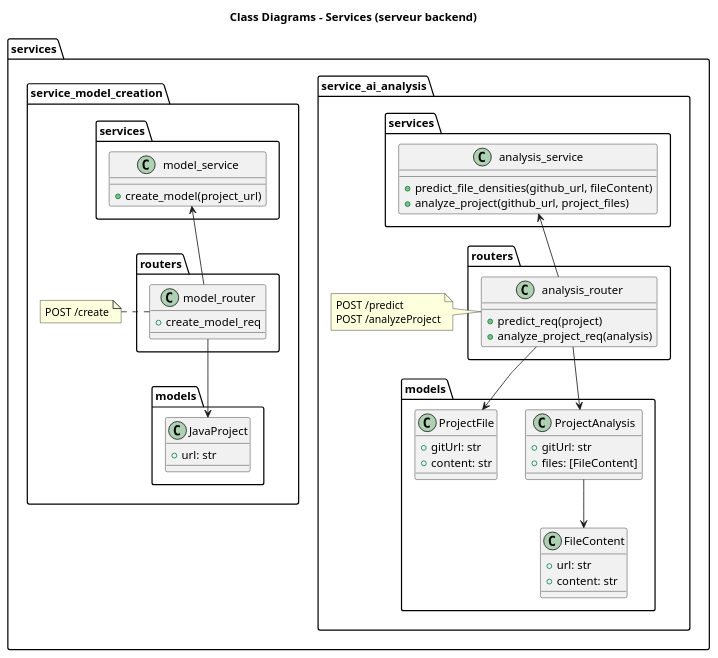
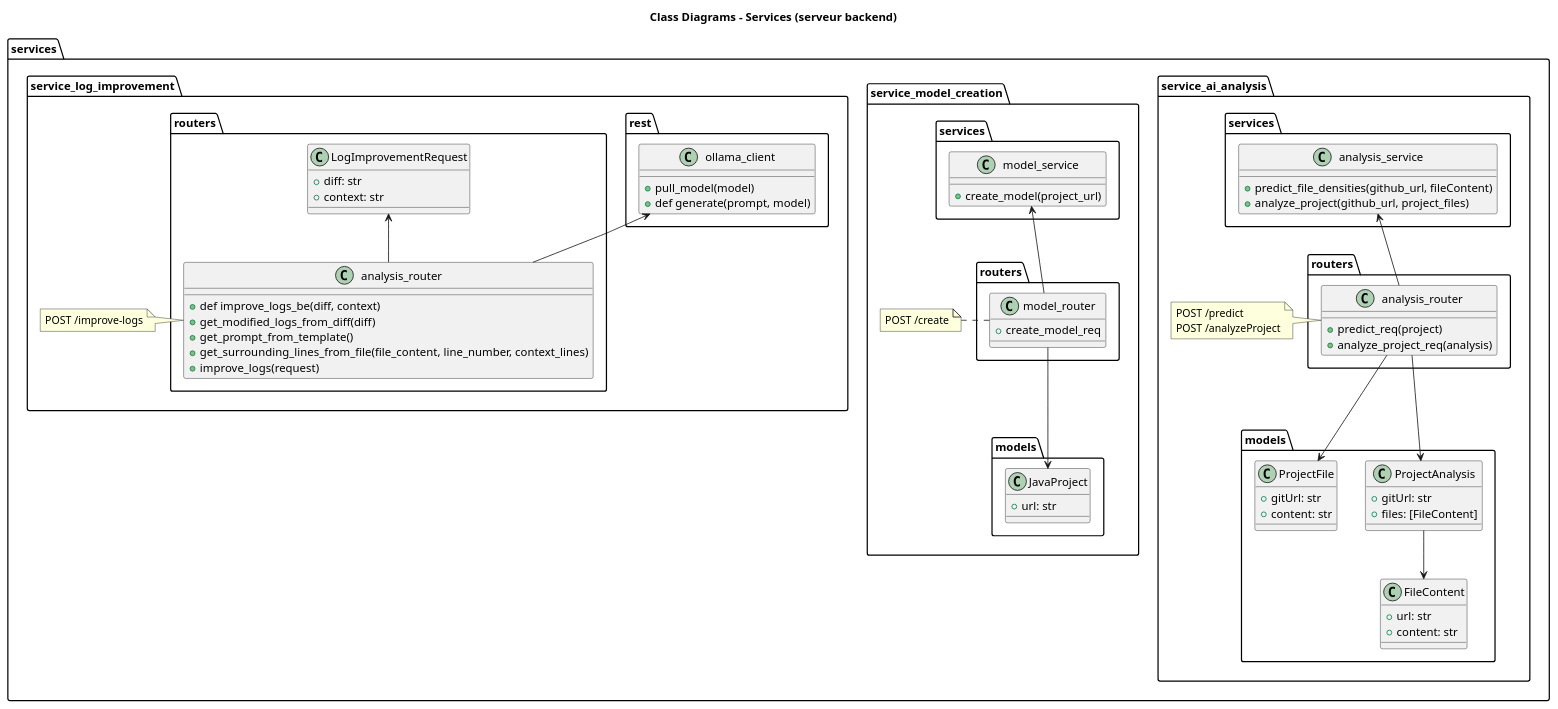
One commit to lucas-cimino/log-density-plugin-h25 changed the diagram in docs/resources/artifacts/class - services.puml. Above: the diagram before and after it, drawn with PlantUML.

Commit message:
add service_log_improvement

```diff
--- a/docs/resources/artifacts/class - services.puml
+++ b/docs/resources/artifacts/class - services.puml
@@ -1,80 +1,111 @@
 @startuml class - services
 skinparam linetype polyline
 
 title Class Diagrams - Services (serveur backend)
 
 package services {
     package service_ai_analysis {
 
         package models {
             class ProjectAnalysis {
                 +gitUrl: str
                 +files: [FileContent]
             }
 
             class FileContent {
                 +url: str
                 +content: str
             }
 
             class ProjectFile {
                 +gitUrl: str
                 +content: str
             }
 
             ProjectAnalysis --> FileContent
         }
 
         package routers {
             class analysis_router {
                 +predict_req(project)
                 +analyze_project_req(analysis)
             }
         }
 
         note left of  analysis_router
             POST /predict
             POST /analyzeProject
         end note
 
         package services {
             class analysis_service {
                 +predict_file_densities(github_url, fileContent)
                 +analyze_project(github_url, project_files)
             }
         }
 
         analysis_router -d-> ProjectAnalysis
         analysis_router -d-> ProjectFile
         analysis_router -u-> analysis_service
     }
 
     package service_model_creation {
         package models {
             class JavaProject {
                 +url: str
             }
         }
 
         package routers {
             class model_router {
                 +create_model_req
             }
         }
 
         note right of  model_router
             POST /create
         end note
 
         package services {
             class model_service {
                 +create_model(project_url)
             }
         }
 
         model_router --> JavaProject
         model_router -u-> model_service
     }
+
+    package service_log_improvement {
+        package rest {
+            class ollama_client{
+                +pull_model(model)
+                +def generate(prompt, model)
+            }
+        }
+
+        package routers{
+            class analysis_router{
+                +def improve_logs_be(diff, context)
+                +get_modified_logs_from_diff(diff)
+                +get_prompt_from_template()
+                +get_surrounding_lines_from_file(file_content, line_number, context_lines)
+                +improve_logs(request)
+            }
+            class LogImprovementRequest{
+                +diff: str
+                +context: str
+            }
+        }
+
+        note right of   services.service_log_improvement.routers.analysis_router
+            POST /improve-logs
+        end note
+
+        services.service_log_improvement.routers.analysis_router -u-> ollama_client
+        
+        services.service_log_improvement.routers.analysis_router -u-> LogImprovementRequest
+    }
 }
 
 @enduml
```
